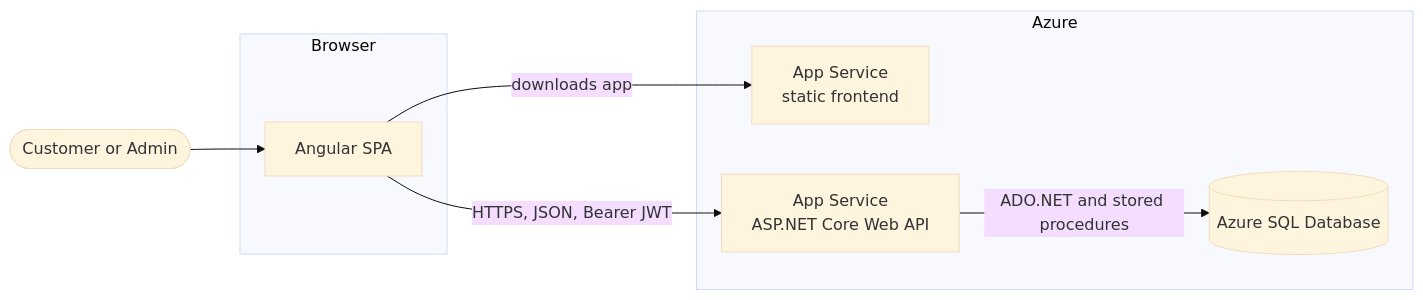
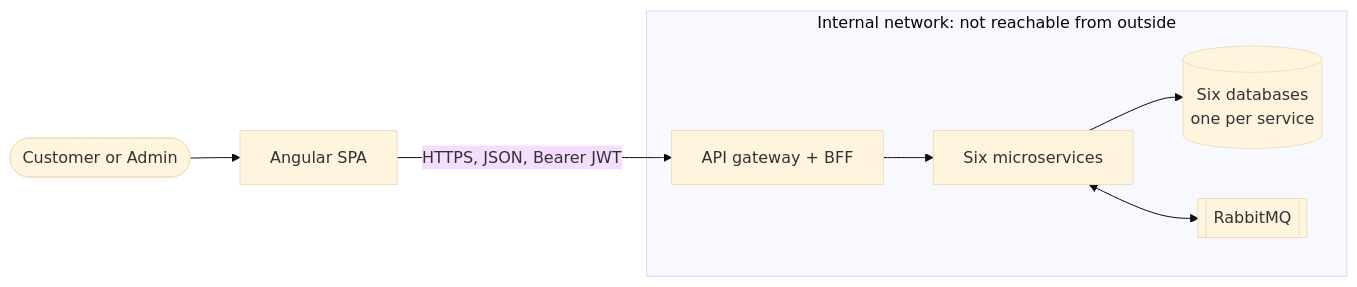
The first of 11 diagrams in docs/ARCHITECTURE.md (organizedanvrchy/Insurance-Full-Stack-App), drawn with Mermaid (base theme) before and after one commit. The commit also changed other lines of this file and 253 other files, not shown here.

````diff
--- a/docs/ARCHITECTURE.md
+++ b/docs/ARCHITECTURE.md
@@ -40,16 +41,11 @@
 ```mermaid
 flowchart LR
     U(["Customer or Admin"])
-    subgraph Browser
-        SPA["Angular SPA"]
+    U --> SPA["Angular SPA"]
+    SPA -- "HTTPS, JSON, Bearer JWT" --> GW["API gateway + BFF"]
+    subgraph Internal["Internal network: not reachable from outside"]
+        GW --> SVC["Six microservices"]
+        SVC --> DBS[("Six databases<br/>one per service")]
+        SVC <--> BUS[["RabbitMQ"]]
     end
-    subgraph Azure
-        FE["App Service<br/>static frontend"]
-        API["App Service<br/>ASP.NET Core Web API"]
-        DB[("Azure SQL Database")]
-    end
-    U --> SPA
-    SPA -- "downloads app" --> FE
-    SPA -- "HTTPS, JSON, Bearer JWT" --> API
-    API -- "ADO.NET and stored procedures" --> DB
 ```
````
